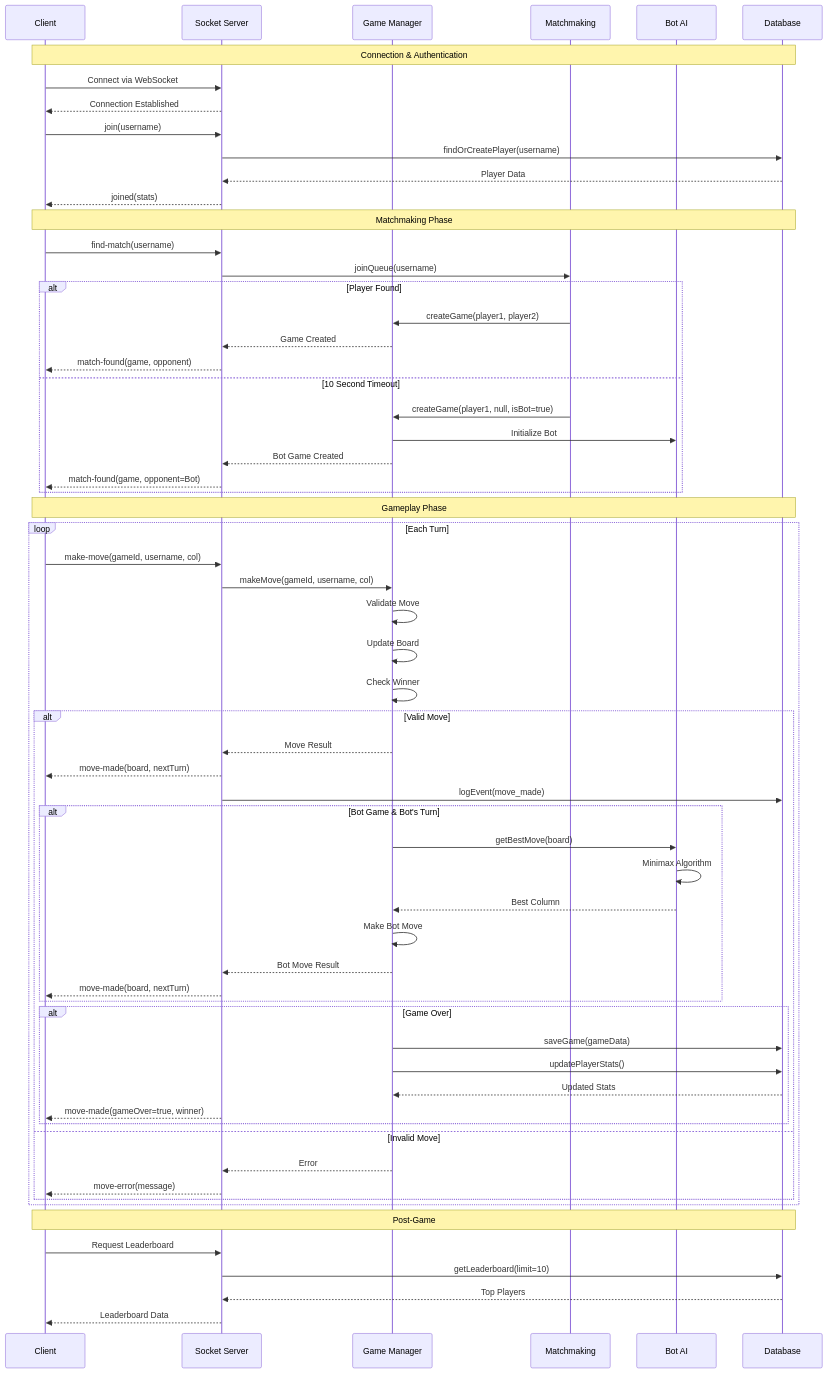
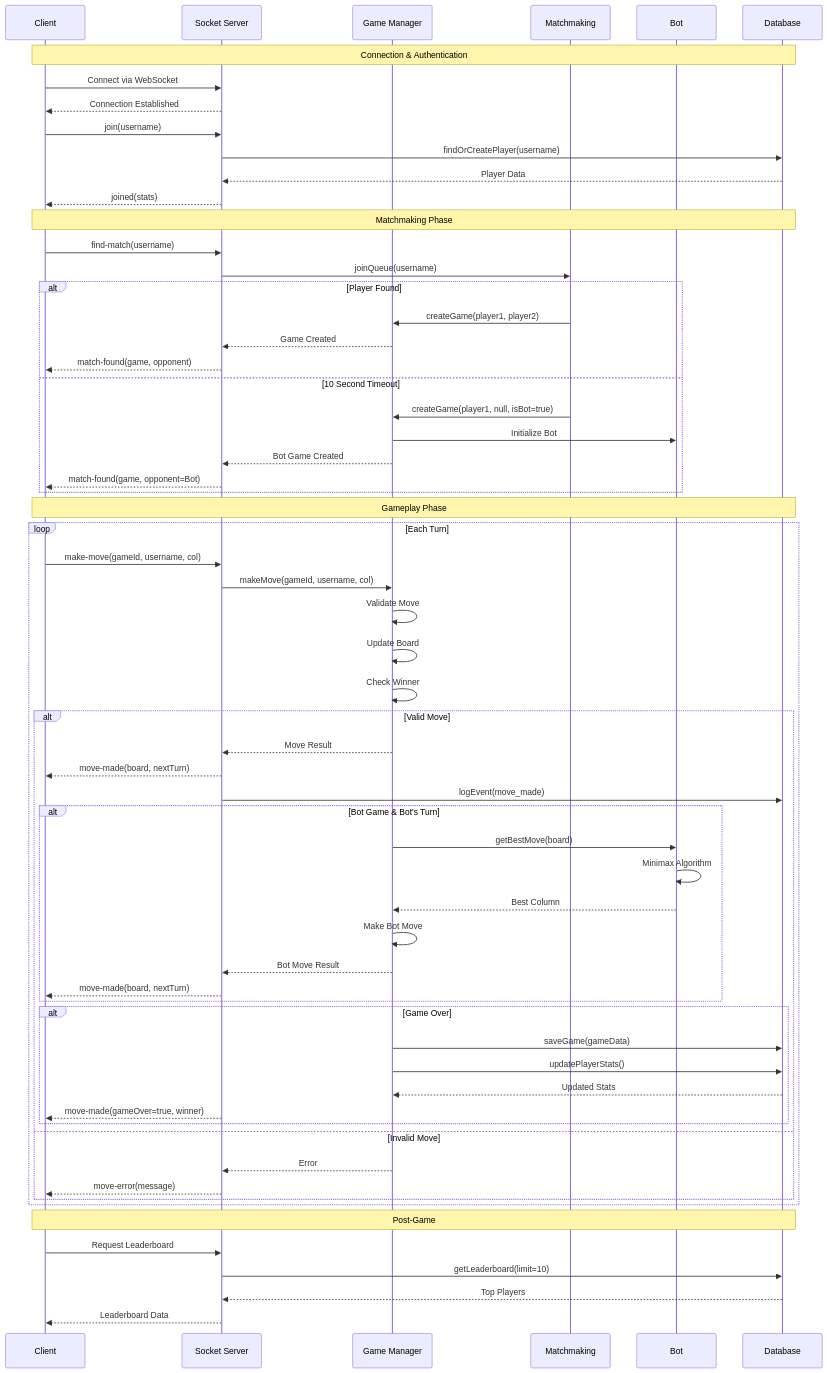
One commit to rajat-sharma-3745/4-in-a-row changed the third of 3 diagrams in README.md. Above: the diagram before and after it, drawn with Mermaid. The commit also changed other lines of this file, not shown here.

````diff
--- a/README.md
+++ b/README.md
@@ -177,72 +177,72 @@
 ```mermaid
 sequenceDiagram
     participant C as Client
     participant S as Socket Server
     participant GM as Game Manager
     participant MM as Matchmaking
-    participant BOT as Bot AI
+    participant BOT as Bot 
     participant DB as Database
     
     Note over C,DB: Connection & Authentication
     C->>S: Connect via WebSocket
     S-->>C: Connection Established
     C->>S: join(username)
     S->>DB: findOrCreatePlayer(username)
     DB-->>S: Player Data
     S-->>C: joined(stats)
     
     Note over C,DB: Matchmaking Phase
     C->>S: find-match(username)
     S->>MM: joinQueue(username)
     
     alt Player Found
         MM->>GM: createGame(player1, player2)
         GM-->>S: Game Created
         S-->>C: match-found(game, opponent)
     else 10 Second Timeout
         MM->>GM: createGame(player1, null, isBot=true)
         GM->>BOT: Initialize Bot
         GM-->>S: Bot Game Created
         S-->>C: match-found(game, opponent=Bot)
     end
     
     Note over C,DB: Gameplay Phase
     loop Each Turn
         C->>S: make-move(gameId, username, col)
         S->>GM: makeMove(gameId, username, col)
         GM->>GM: Validate Move
         GM->>GM: Update Board
         GM->>GM: Check Winner
         
         alt Valid Move
             GM-->>S: Move Result
             S-->>C: move-made(board, nextTurn)
             S->>DB: logEvent(move_made)
             
             alt Bot Game & Bot's Turn
                 GM->>BOT: getBestMove(board)
                 BOT->>BOT: Minimax Algorithm
                 BOT-->>GM: Best Column
                 GM->>GM: Make Bot Move
                 GM-->>S: Bot Move Result
                 S-->>C: move-made(board, nextTurn)
             end
             
             alt Game Over
                 GM->>DB: saveGame(gameData)
                 GM->>DB: updatePlayerStats()
                 DB-->>GM: Updated Stats
                 S-->>C: move-made(gameOver=true, winner)
             end
         else Invalid Move
             GM-->>S: Error
             S-->>C: move-error(message)
         end
     end
     
     Note over C,DB: Post-Game
     C->>S: Request Leaderboard
     S->>DB: getLeaderboard(limit=10)
     DB-->>S: Top Players
     S-->>C: Leaderboard Data
 ```
````
